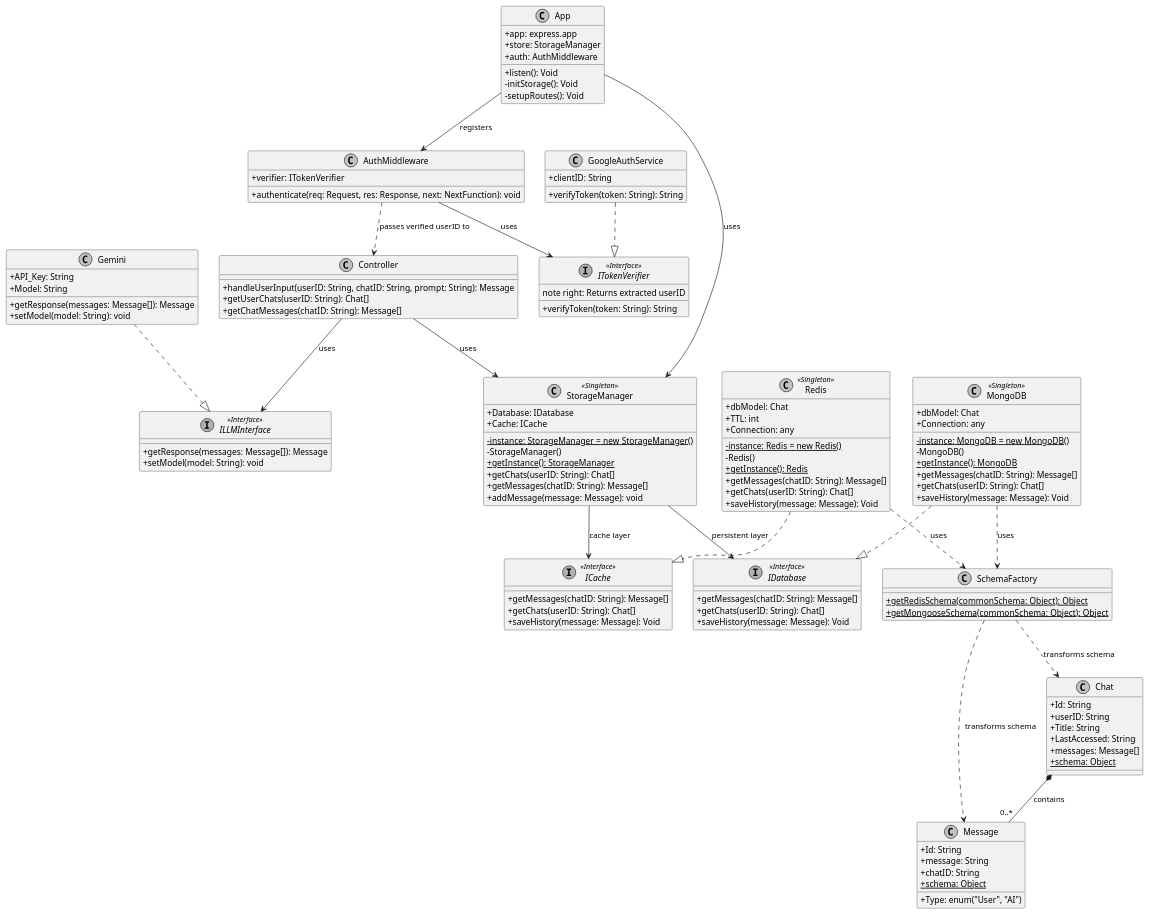
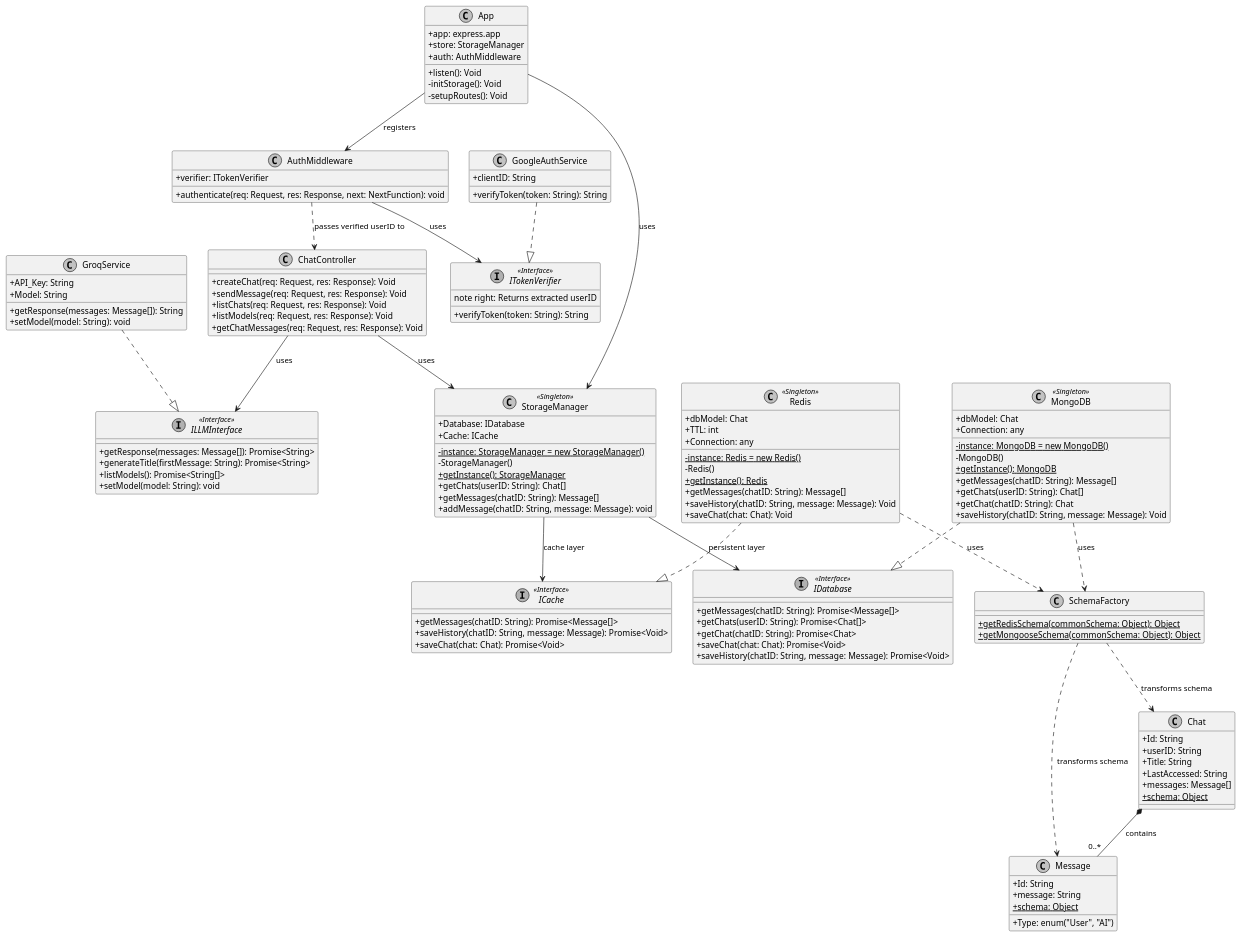
Before and after one commit to Kanishk-mittal/ChatBot: the diagram in Backend/Diagram.puml, drawn with PlantUML.

Commit message:
Enhanced Diagram

```diff
--- a/Backend/Diagram.puml
+++ b/Backend/Diagram.puml
@@ -1,156 +1,162 @@
 @startuml
 skinparam classAttributeIconSize 0
 skinparam monochrome true
 skinparam shadowing false
 
 ' --- Interfaces ---
 
 interface ILLMInterface <<Interface>> {
-  + getResponse(messages: Message[]): Message
+  + getResponse(messages: Message[]): Promise<String>
+  + generateTitle(firstMessage: String): Promise<String>
+  + listModels(): Promise<String[]>
   + setModel(model: String): void
 }
 
 interface ICache <<Interface>> {
-  + getMessages(chatID: String): Message[]
-  + getChats(userID: String): Chat[]
-  + saveHistory(message: Message): Void
+  + getMessages(chatID: String): Promise<Message[]>
+  + saveHistory(chatID: String, message: Message): Promise<Void>
+  + saveChat(chat: Chat): Promise<Void>
 }
 
 interface IDatabase <<Interface>> {
-  + getMessages(chatID: String): Message[]
-  + getChats(userID: String): Chat[]
-  + saveHistory(message: Message): Void
+  + getMessages(chatID: String): Promise<Message[]>
+  + getChats(userID: String): Promise<Chat[]>
+  + getChat(chatID: String): Promise<Chat>
+  + saveChat(chat: Chat): Promise<Void>
+  + saveHistory(chatID: String, message: Message): Promise<Void>
 }
 
 interface ITokenVerifier <<Interface>> {
   + verifyToken(token: String): String 
   note right: Returns extracted userID
 }
 
 ' --- Concrete Auth & Core Classes ---
 
 class GoogleAuthService {
   + clientID: String
   + verifyToken(token: String): String
 }
 
 class AuthMiddleware {
   + verifier: ITokenVerifier
   + authenticate(req: Request, res: Response, next: NextFunction): void
 }
 
 class App {
   + app: express.app
   + store: StorageManager
   + auth: AuthMiddleware
   + listen(): Void
   - initStorage(): Void
   - setupRoutes(): Void
 }
 
-class Controller {
-  + handleUserInput(userID: String, chatID: String, prompt: String): Message
-  + getUserChats(userID: String): Chat[]
-  + getChatMessages(chatID: String): Message[]
+class ChatController {
+  + createChat(req: Request, res: Response): Void
+  + sendMessage(req: Request, res: Response): Void
+  + listChats(req: Request, res: Response): Void
+  + listModels(req: Request, res: Response): Void
+  + getChatMessages(req: Request, res: Response): Void
 }
 
 class SchemaFactory {
   + {static} getRedisSchema(commonSchema: Object): Object
   + {static} getMongooseSchema(commonSchema: Object): Object
 }
 
 ' --- Singleton Managers & DBs ---
 
 class StorageManager <<Singleton>> {
   - {static} instance: StorageManager = new StorageManager()
   + Database: IDatabase
   + Cache: ICache
   - StorageManager()
   + {static} getInstance(): StorageManager
   + getChats(userID: String): Chat[]
   + getMessages(chatID: String): Message[]
-  + addMessage(message: Message): void
+  + addMessage(chatID: String, message: Message): void
 }
 
 class Redis <<Singleton>> {
   - {static} instance: Redis = new Redis()
   + dbModel: Chat
   + TTL: int
   + Connection: any
   - Redis()
   + {static} getInstance(): Redis
   + getMessages(chatID: String): Message[]
-  + getChats(userID: String): Chat[]
-  + saveHistory(message: Message): Void
+  + saveHistory(chatID: String, message: Message): Void
+  + saveChat(chat: Chat): Void
 }
 
 class MongoDB <<Singleton>> {
   - {static} instance: MongoDB = new MongoDB()
   + dbModel: Chat
   + Connection: any
   - MongoDB()
   + {static} getInstance(): MongoDB
   + getMessages(chatID: String): Message[]
   + getChats(userID: String): Chat[]
-  + saveHistory(message: Message): Void
+  + getChat(chatID: String): Chat
+  + saveHistory(chatID: String, message: Message): Void
 }
 
 ' --- External Services ---
-class Gemini {
+class GroqService {
   + API_Key: String
   + Model: String
-  + getResponse(messages: Message[]): Message
+  + getResponse(messages: Message[]): String
   + setModel(model: String): void
 }
 
 ' --- Domain Models ---
 
 class Chat {
   + Id: String
   + userID: String
   + Title: String
   + LastAccessed: String
   + messages: Message[]
   + {static} schema: Object
 }
 
 class Message {
   + Id: String
   + Type: enum("User", "AI")
   + message: String
-  + chatID: String
   + {static} schema: Object
 }
 
 ' --- Relationships ---
 
 ' Interface Implementations 
-Gemini ..|> ILLMInterface
+GroqService ..|> ILLMInterface
 Redis ..|> ICache
 MongoDB ..|> IDatabase
 GoogleAuthService ..|> ITokenVerifier
 
 ' Auth Flow
 App --> AuthMiddleware : registers
 AuthMiddleware --> ITokenVerifier : uses
-AuthMiddleware ..> Controller : passes verified userID to
+AuthMiddleware ..> ChatController : passes verified userID to
 
 ' Controller Associations
-Controller --> ILLMInterface : uses
-Controller --> StorageManager : uses
+ChatController --> ILLMInterface : uses
+ChatController --> StorageManager : uses
 
 ' App and Storage Associations
 App --> StorageManager : uses
 StorageManager --> ICache : cache layer
 StorageManager --> IDatabase : persistent layer
 
 ' Schema Factory usage
 Redis ..> SchemaFactory : uses
 MongoDB ..> SchemaFactory : uses
 SchemaFactory ..> Chat : transforms schema
 SchemaFactory ..> Message : transforms schema
 
 ' Composition 
 Chat *-- "0..*" Message : contains
 
 @enduml
```
